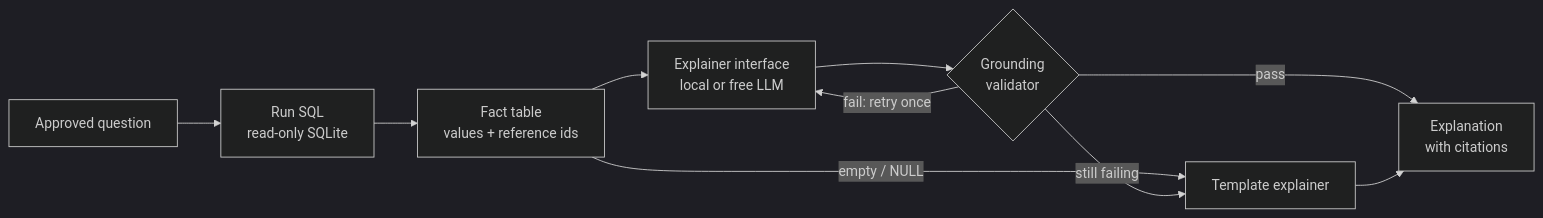
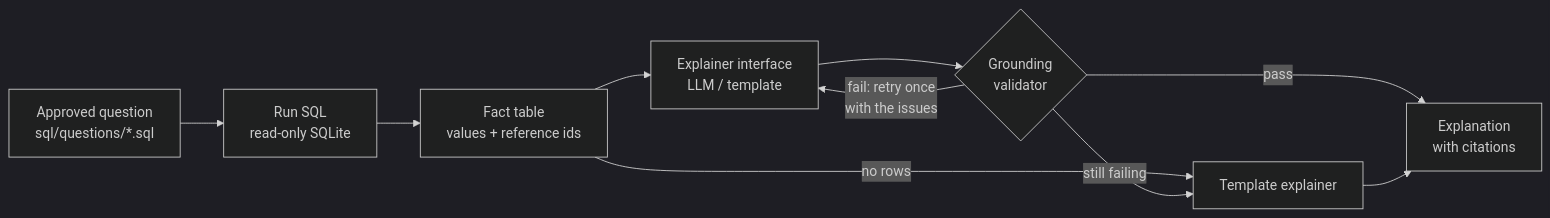
Before and after one commit to AadityaU/result-explainer: the diagram in README.md, drawn with Mermaid (dark theme). The commit also changed other lines of this file, not shown here.

````diff
--- a/README.md
+++ b/README.md
@@ -28,12 +98,12 @@
 ```mermaid
 flowchart LR
-    Q[Approved question] --> SQL[Run SQL<br/>read-only SQLite]
+    Q[Approved question<br/>sql/questions/*.sql] --> SQL[Run SQL<br/>read-only SQLite]
     SQL --> F[Fact table<br/>values + reference ids]
-    F -->|empty / NULL| T[Template explainer]
-    F --> E[Explainer interface<br/>local or free LLM]
+    F -->|no rows| T[Template explainer]
+    F --> E[Explainer interface<br/>LLM / template]
     E --> V{Grounding<br/>validator}
     V -->|pass| OUT[Explanation<br/>with citations]
-    V -->|fail: retry once| E
+    V -->|fail: retry once<br/>with the issues| E
     V -->|still failing| T
     T --> OUT
 ```
````
